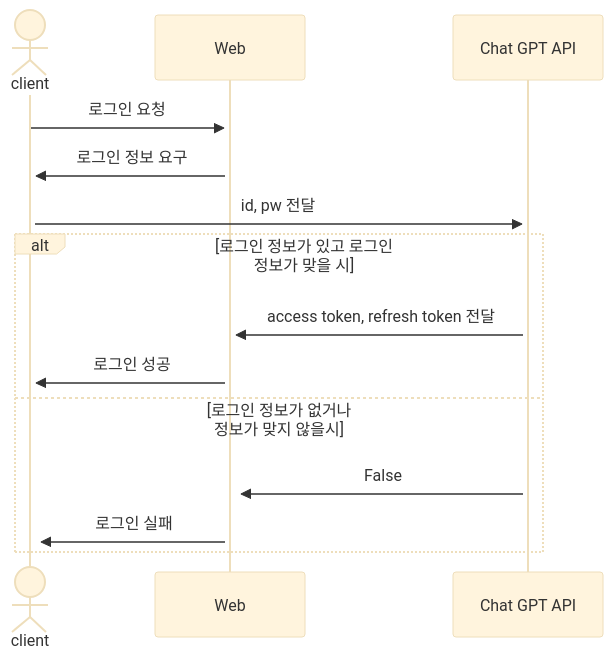
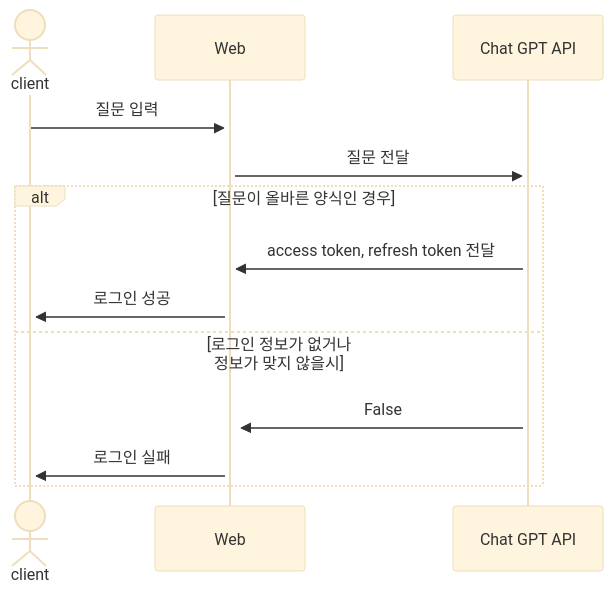
One commit to TheRealParkJoohyung/product-pricing changed the diagram in README.md. Above: the diagram before and after it, drawn with Mermaid (base theme).

````diff
--- a/README.md
+++ b/README.md
@@ -29,16 +29,15 @@
 ```mermaid
     sequenceDiagram
     actor A as client
     participant B as Web
     participant C as Chat GPT API
-    A->>+B: 로그인 요청
-    B->>+A: 로그인 정보 요구
-    A->>+C: id, pw 전달
-    alt 로그인 정보가 있고 로그인 정보가 맞을 시
+    A->>+B: 질문 입력
+    B->>+C: 질문 전달
+    alt 질문이 올바른 양식인 경우 
     C->>+B: access token, refresh token 전달
     B->>+A: 로그인 성공
     else 로그인 정보가 없거나 정보가 맞지 않을시
     C->>+B: False
     B->>+A: 로그인 실패
     end
 ```
````
